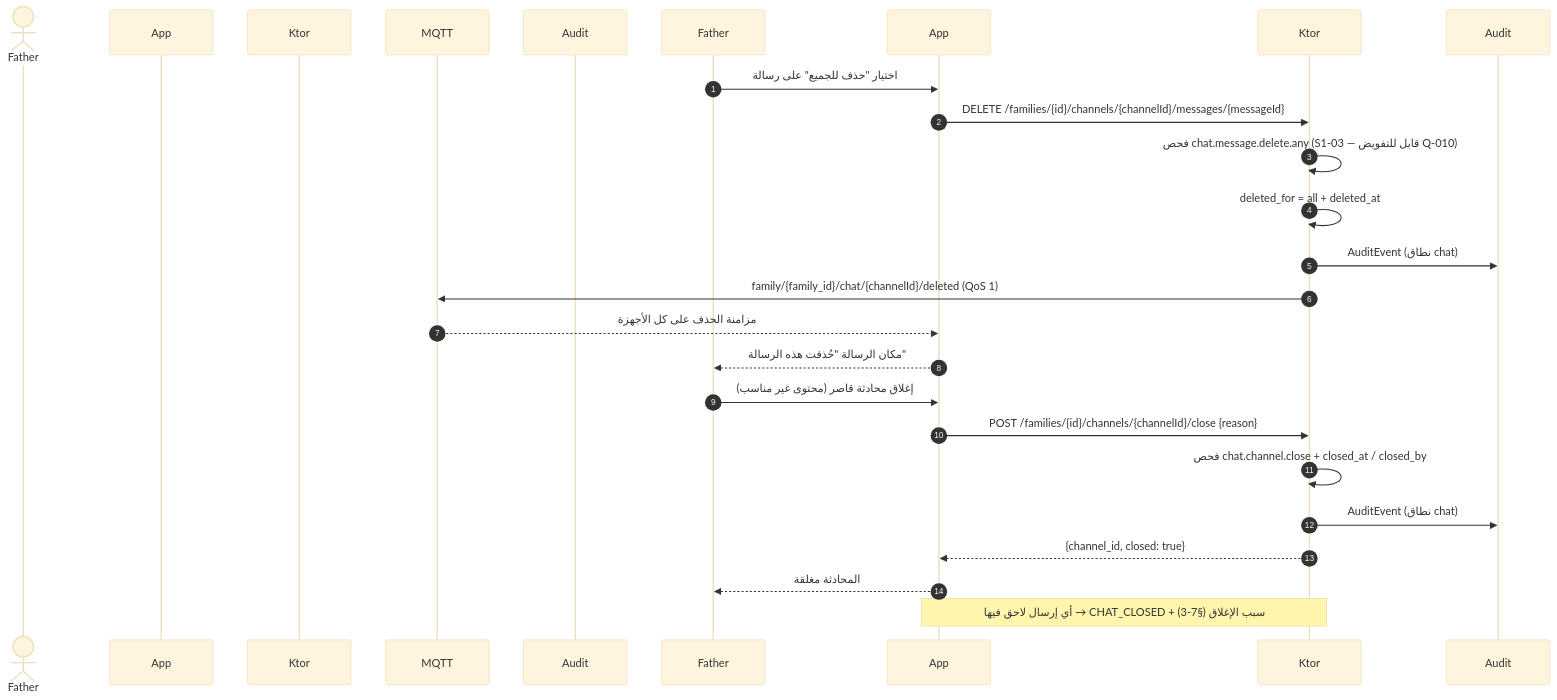
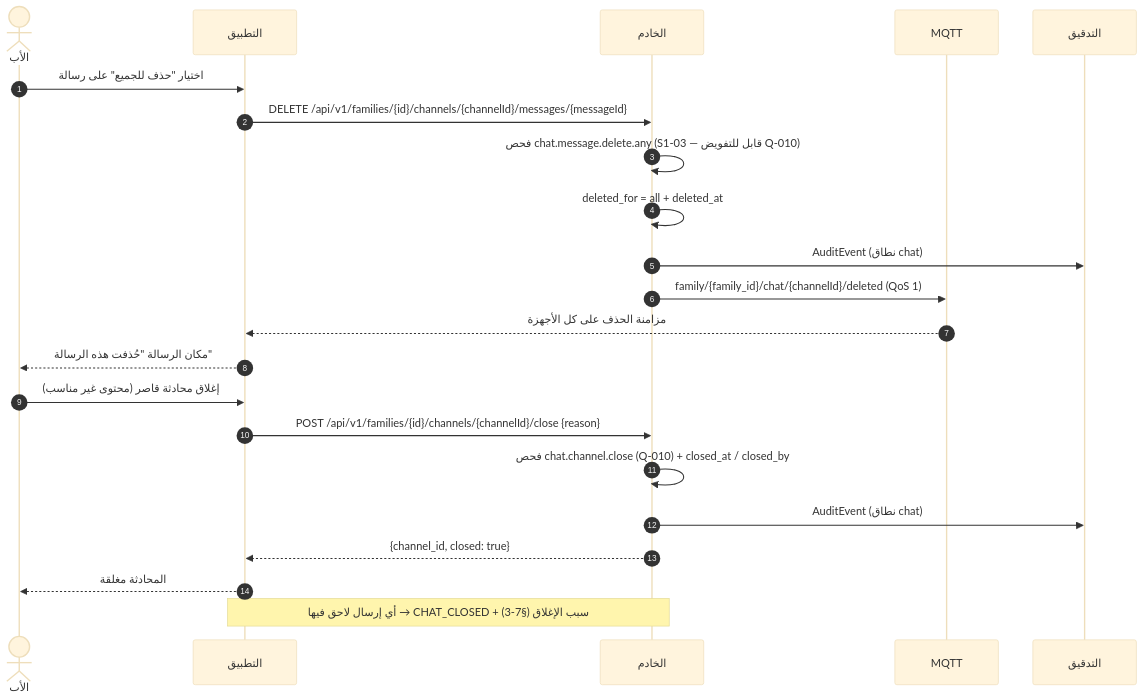
The sixth of 10 diagrams in docs/family-os/governance/phases/phase-1/S1-08-chat-basic/DIAGRAMS.md (Bassam-mohammed-alqaeadi/family-os-v2), drawn with Mermaid (base theme) before and after one commit. The commit also changed other lines of this file and 10 other files, not shown here.

Commit message:
إغلاق المراجعة الشاملة R1–R5 (Q-196…Q-231) — المخططات DIAGRAMS + خريطة السياق (2/4)

````diff
--- a/docs/family-os/governance/phases/phase-1/S1-08-chat-basic/DIAGRAMS.md
+++ b/docs/family-os/governance/phases/phase-1/S1-08-chat-basic/DIAGRAMS.md
@@ -269,24 +270,24 @@
 ```mermaid
 sequenceDiagram
     autonumber
-    actor الأب as Father
-    participant التطبيق as App
-    participant الخادم as Ktor
+    actor Father as الأب
+    participant App as التطبيق
+    participant Ktor as الخادم
     participant MQTT as MQTT
-    participant التدقيق as Audit
+    participant Audit as التدقيق
     Father->>App: اختيار "حذف للجميع" على رسالة
-    App->>Ktor: DELETE /families/{id}/channels/{channelId}/messages/{messageId}
+    App->>Ktor: DELETE /api/v1/families/{id}/channels/{channelId}/messages/{messageId}
     Ktor->>Ktor: فحص chat.message.delete.any (S1-03 — قابل للتفويض Q-010)
     Ktor->>Ktor: deleted_for = all + deleted_at
     Ktor->>Audit: AuditEvent (نطاق chat)
     Ktor->>MQTT: family/{family_id}/chat/{channelId}/deleted (QoS 1)
     MQTT-->>App: مزامنة الحذف على كل الأجهزة
     App-->>Father: مكان الرسالة "حُذفت هذه الرسالة"
     Father->>App: إغلاق محادثة قاصر (محتوى غير مناسب)
-    App->>Ktor: POST /families/{id}/channels/{channelId}/close {reason}
-    Ktor->>Ktor: فحص chat.channel.close + closed_at / closed_by
+    App->>Ktor: POST /api/v1/families/{id}/channels/{channelId}/close {reason}
+    Ktor->>Ktor: فحص chat.channel.close (Q-010) + closed_at / closed_by
     Ktor->>Audit: AuditEvent (نطاق chat)
     Ktor-->>App: {channel_id, closed: true}
     App-->>Father: المحادثة مغلقة
     Note over App,Ktor: أي إرسال لاحق فيها → CHAT_CLOSED + سبب الإغلاق (§7-3)
 ```
````
